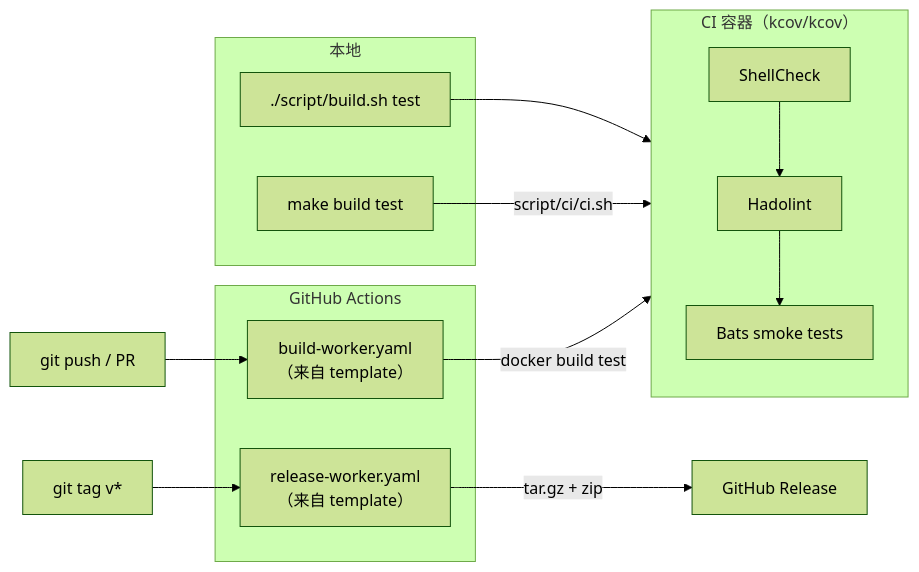
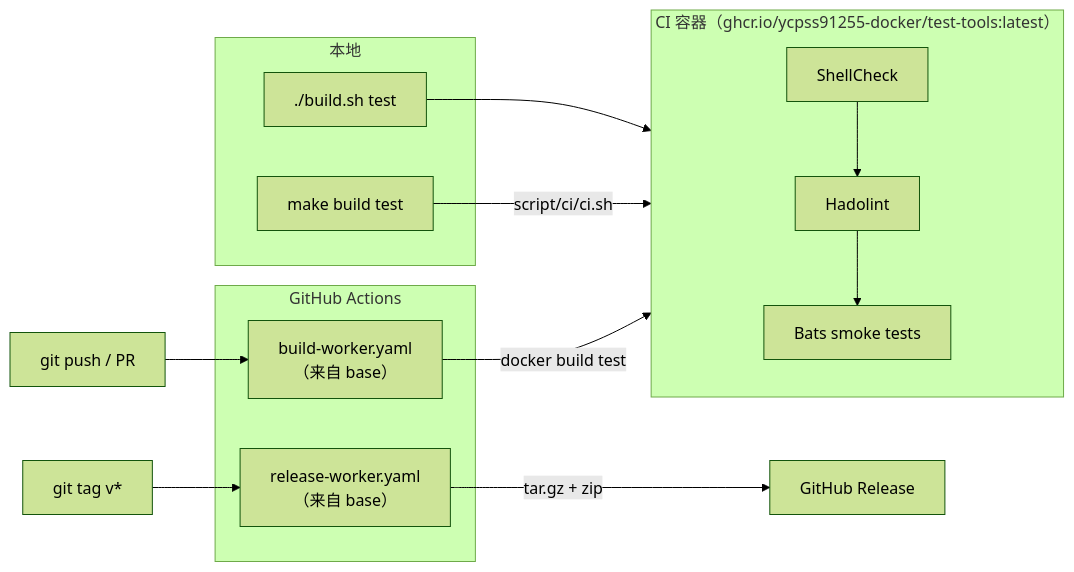
The second of 2 diagrams in doc/readme/README.zh-CN.md (ycpss91255-docker/base), drawn with Mermaid (forest theme) before and after one commit. The commit also changed other lines of this file and 4 other files, not shown here.

````diff
--- a/doc/readme/README.zh-CN.md
+++ b/doc/readme/README.zh-CN.md
@@ -81,27 +81,27 @@
 ```mermaid
 flowchart LR
     subgraph local["本地"]
-        build_test["./script/build.sh test"]
+        build_test["./build.sh test"]
         make_test["make build test"]
     end
 
-    subgraph ci_container["CI 容器（kcov/kcov）"]
+    subgraph ci_container["CI 容器（ghcr.io/ycpss91255-docker/test-tools:latest）"]
         shellcheck["ShellCheck"]
         hadolint["Hadolint"]
         bats["Bats smoke tests"]
     end
 
     subgraph github["GitHub Actions"]
-        build_worker["build-worker.yaml<br/>（来自 template）"]
-        release_worker["release-worker.yaml<br/>（来自 template）"]
+        build_worker["build-worker.yaml<br/>（来自 base）"]
+        release_worker["release-worker.yaml<br/>（来自 base）"]
     end
 
     build_test --> ci_container
     make_test -->|"script/ci/ci.sh"| ci_container
     shellcheck --> hadolint --> bats
 
     push["git push / PR"] --> build_worker
     build_worker -->|"docker build test"| ci_container
     tag["git tag v*"] --> release_worker
     release_worker -->|"tar.gz + zip"| release["GitHub Release"]
 ```
````
